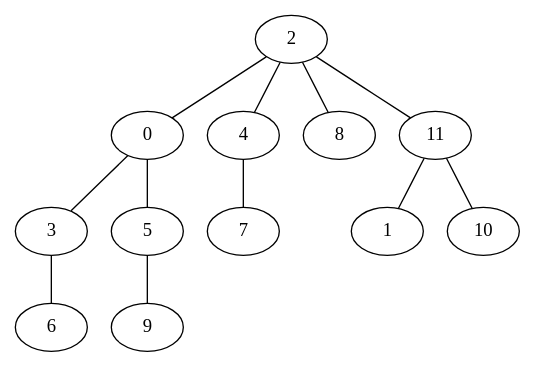
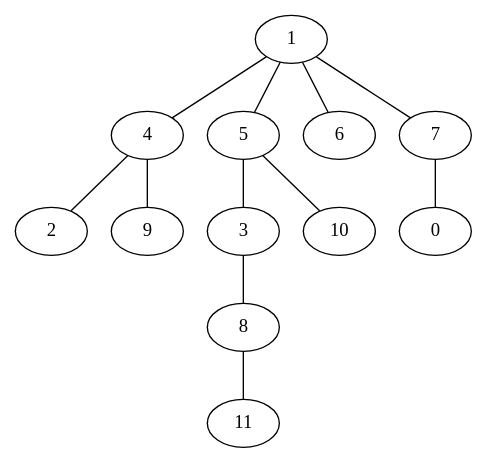
Before and after one commit to VillegasGG/greedy-firefighter-problem: the diagram in experiments/pygrapghviz.dot, drawn with Graphviz. The commit also changed 2 other files, not shown here.

```diff
--- a/experiments/pygrapghviz.dot
+++ b/experiments/pygrapghviz.dot
@@ -1,13 +1,13 @@
 strict graph "" {
-	2 -- 0;
-	2 -- 4;
-	2 -- 8;
-	2 -- 11;
-	0 -- 3;
-	0 -- 5;
-	4 -- 7;
-	11 -- 1;
-	11 -- 10;
-	3 -- 6;
-	5 -- 9;
+	1 -- 4;
+	1 -- 5;
+	1 -- 6;
+	1 -- 7;
+	4 -- 2;
+	4 -- 9;
+	5 -- 3;
+	5 -- 10;
+	7 -- 0;
+	3 -- 8;
+	8 -- 11;
 }
```
